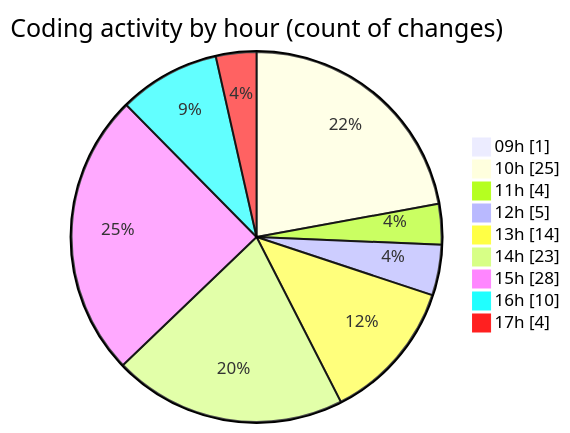
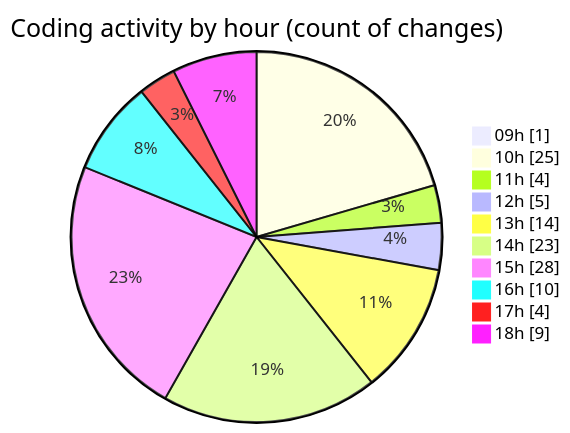
The second of 2 diagrams in 2025-11-17/eventscop-frontend-guide__workspace_/README.md (julien-gomy/code-tracking), drawn with Mermaid before and after one commit. The commit also changed other lines of this file and 1 other file, not shown here.

````diff
--- a/2025-11-17/eventscop-frontend-guide__workspace_/README.md
+++ b/2025-11-17/eventscop-frontend-guide__workspace_/README.md
@@ -60,13 +61,14 @@
 ```mermaid
 pie showData
 title Coding activity by hour (count of changes)
 "09h" : 1
 "10h" : 25
 "11h" : 4
 "12h" : 5
 "13h" : 14
 "14h" : 23
 "15h" : 28
 "16h" : 10
 "17h" : 4
+"18h" : 9
 ```
````
